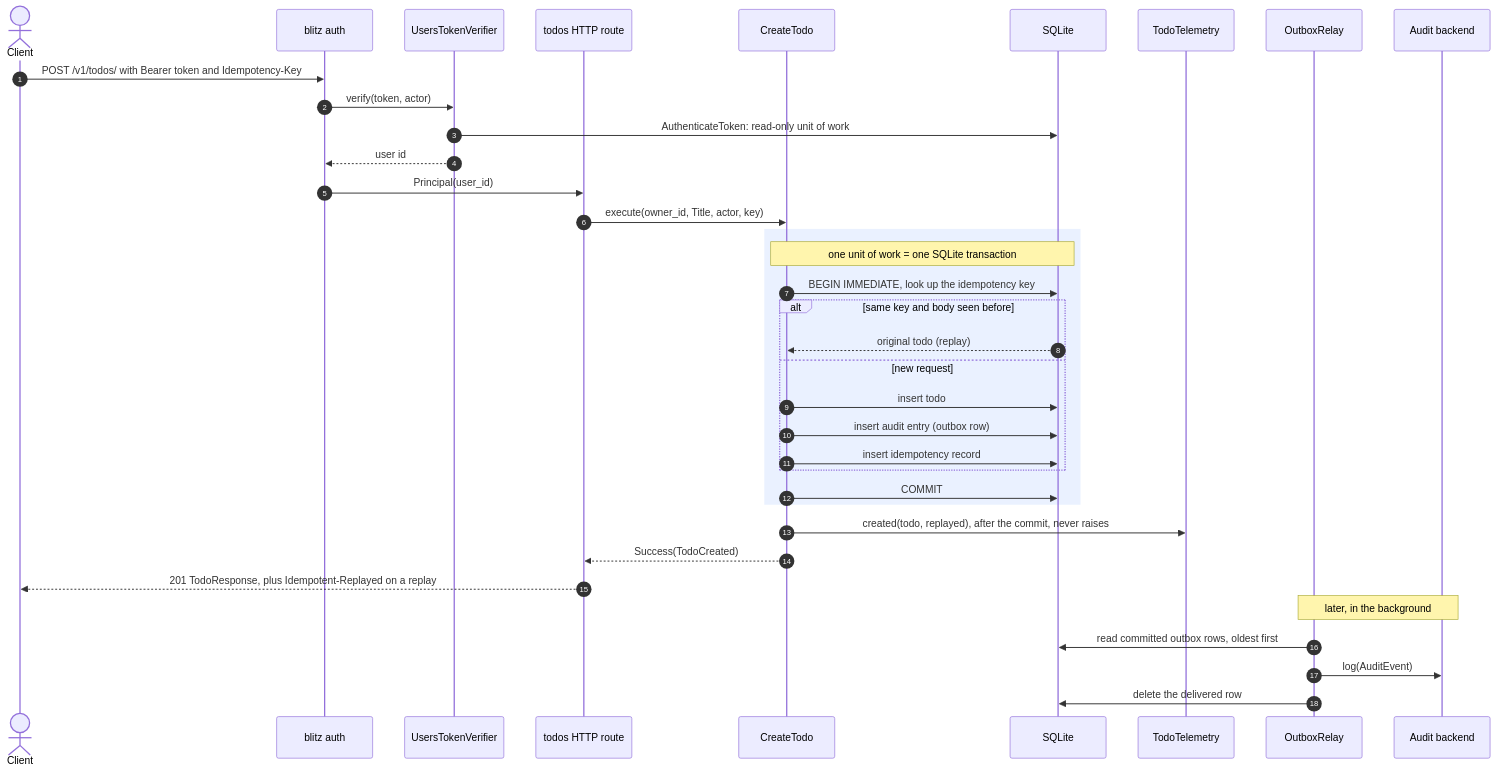
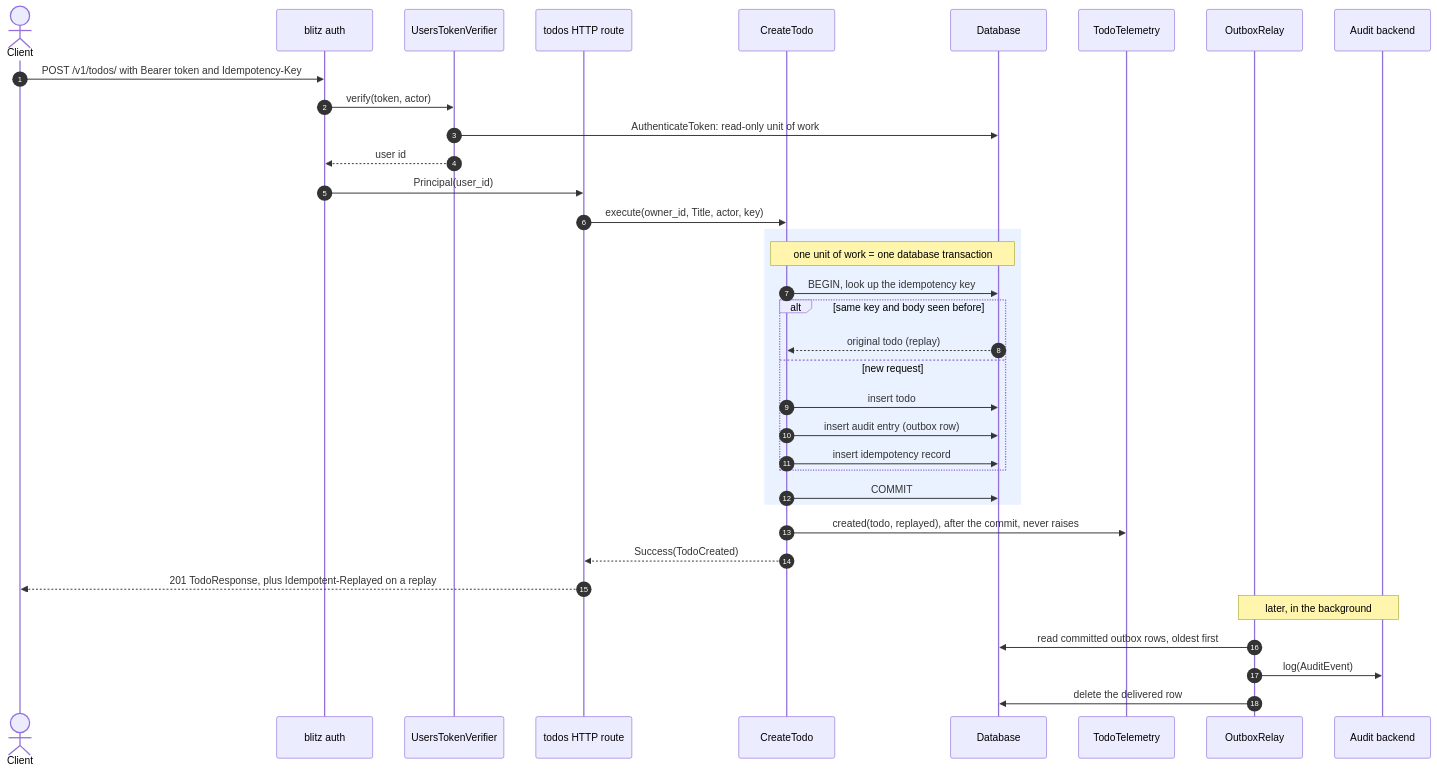
Before and after one commit to ashforge-rs/blitz: the fourth of 6 diagrams in examples/todo/README.md, drawn with Mermaid. The commit also changed other lines of this file and 67 other files, not shown here.

````diff
--- a/examples/todo/README.md
+++ b/examples/todo/README.md
@@ -289,39 +305,39 @@
 ```mermaid
 sequenceDiagram
     autonumber
     actor C as Client
     participant B as blitz auth
     participant V as UsersTokenVerifier
     participant R as todos HTTP route
     participant U as CreateTodo
-    participant D as SQLite
+    participant D as Database
     participant T as TodoTelemetry
     participant O as OutboxRelay
     participant S as Audit backend
 
     C->>B: POST /v1/todos/ with Bearer token and Idempotency-Key
     B->>V: verify(token, actor)
     V->>D: AuthenticateToken: read-only unit of work
     V-->>B: user id
     B->>R: Principal(user_id)
     R->>U: execute(owner_id, Title, actor, key)
     rect rgba(80, 140, 255, 0.12)
-        Note over U,D: one unit of work = one SQLite transaction
-        U->>D: BEGIN IMMEDIATE, look up the idempotency key
+        Note over U,D: one unit of work = one database transaction
+        U->>D: BEGIN, look up the idempotency key
         alt same key and body seen before
             D-->>U: original todo (replay)
         else new request
             U->>D: insert todo
             U->>D: insert audit entry (outbox row)
             U->>D: insert idempotency record
         end
         U->>D: COMMIT
     end
     U->>T: created(todo, replayed), after the commit, never raises
     U-->>R: Success(TodoCreated)
     R-->>C: 201 TodoResponse, plus Idempotent-Replayed on a replay
     Note over O,S: later, in the background
     O->>D: read committed outbox rows, oldest first
     O->>S: log(AuditEvent)
     O->>D: delete the delivered row
 ```
````
